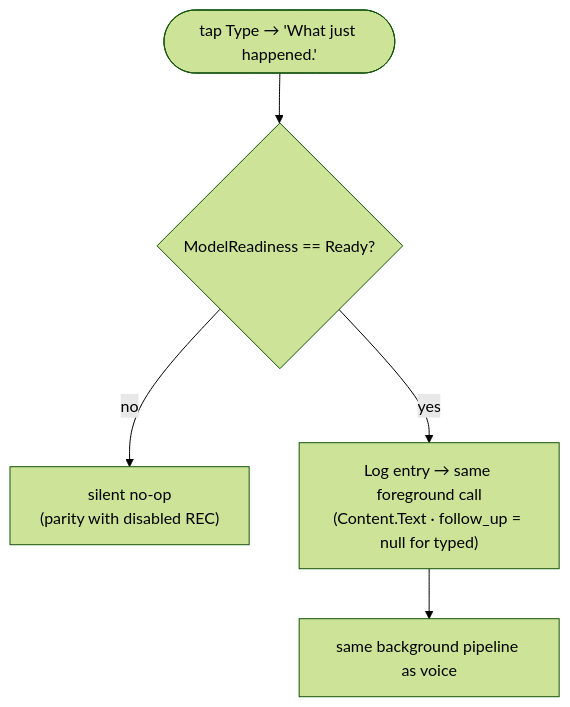
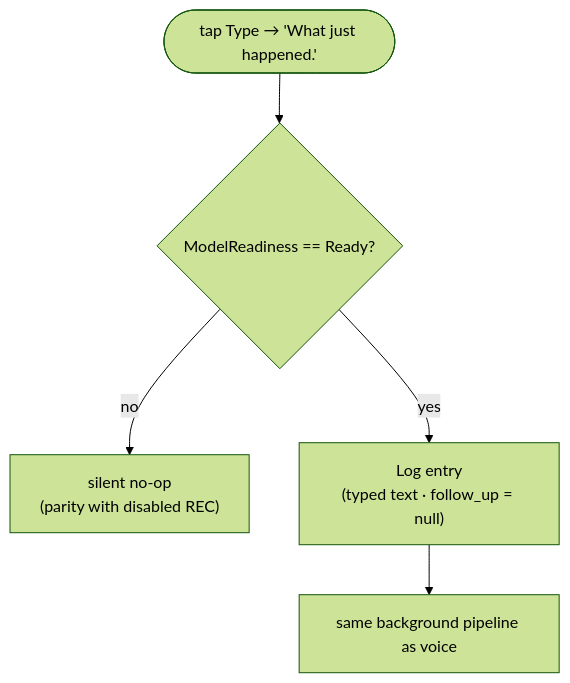
The third of 6 diagrams in docs/diagrams/user-flows.md (anchildress1/vestige), drawn with Mermaid (forest theme) before and after one commit. The commit also changed other lines of this file and 39 other files, not shown here.

First line of the commit message:
Draft: foreground inference preempts background extraction (#52)

````diff
--- a/docs/diagrams/user-flows.md
+++ b/docs/diagrams/user-flows.md
@@ -54,10 +54,10 @@
 ```mermaid
 flowchart TD
     accTitle: Typed capture flow requires foreground model
-    accDescr: The user taps Type and enters text. If the model readiness is Ready, Log entry runs the same foreground call and background pipeline as voice with follow-up null for typed. If the model is not Ready, submit is a silent no-op matching the disabled record button.
+    accDescr: The user taps Type and enters text. If the model readiness is Ready, Log entry persists the typed transcript and runs the background pipeline. If the model is not Ready, submit is a silent no-op matching the disabled record button.
 
     T(["tap Type → 'What just happened.'"]) --> RDY{"ModelReadiness == Ready?"}
     RDY -- no --> NOOP["silent no-op<br/>(parity with disabled REC)"]
-    RDY -- yes --> LOG["Log entry → same foreground call<br/>(Content.Text · follow_up = null for typed)"]
+    RDY -- yes --> LOG["Log entry<br/>(typed text · follow_up = null)"]
     LOG --> BG["same background pipeline as voice"]
 ```
````
